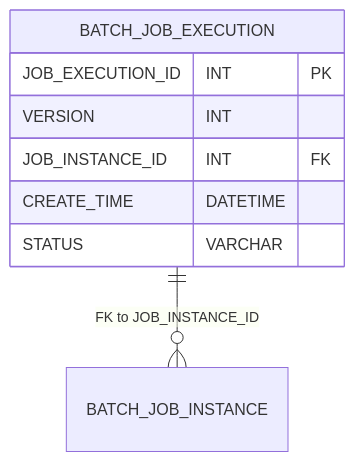
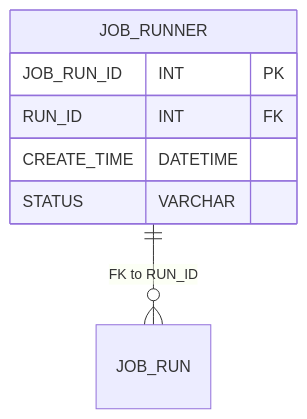
One commit to elseanox/sql2mmderd changed the diagram in README.md. Above: the diagram before and after it, drawn with Mermaid. The commit also changed other lines of this file, not shown here.

````diff
--- a/README.md
+++ b/README.md
@@ -38,12 +38,11 @@
 ```mermaid
 erDiagram
-    BATCH_JOB_EXECUTION {
-        JOB_EXECUTION_ID INT PK
-        VERSION INT
-        JOB_INSTANCE_ID INT FK
+    JOB_RUNNER {
+        JOB_RUN_ID INT PK
+        RUN_ID INT FK
         CREATE_TIME DATETIME
         STATUS VARCHAR
     }
     
-    BATCH_JOB_EXECUTION ||--o{ BATCH_JOB_INSTANCE : "FK to JOB_INSTANCE_ID"
+    JOB_RUNNER ||--o{ JOB_RUN : "FK to RUN_ID"
 ```
````
